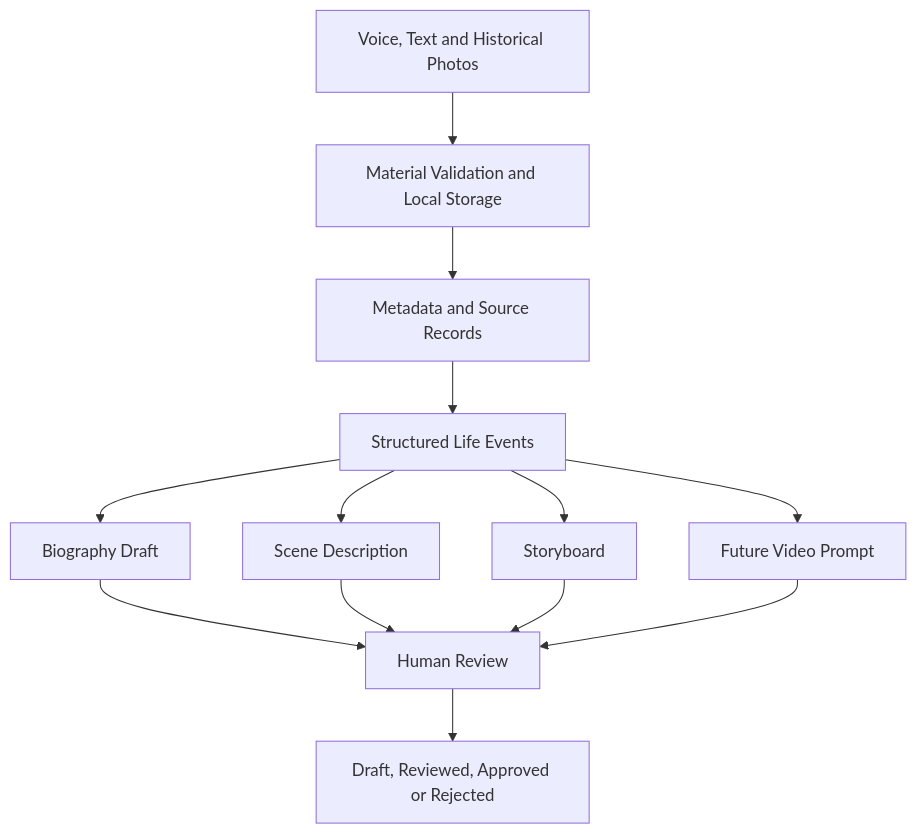
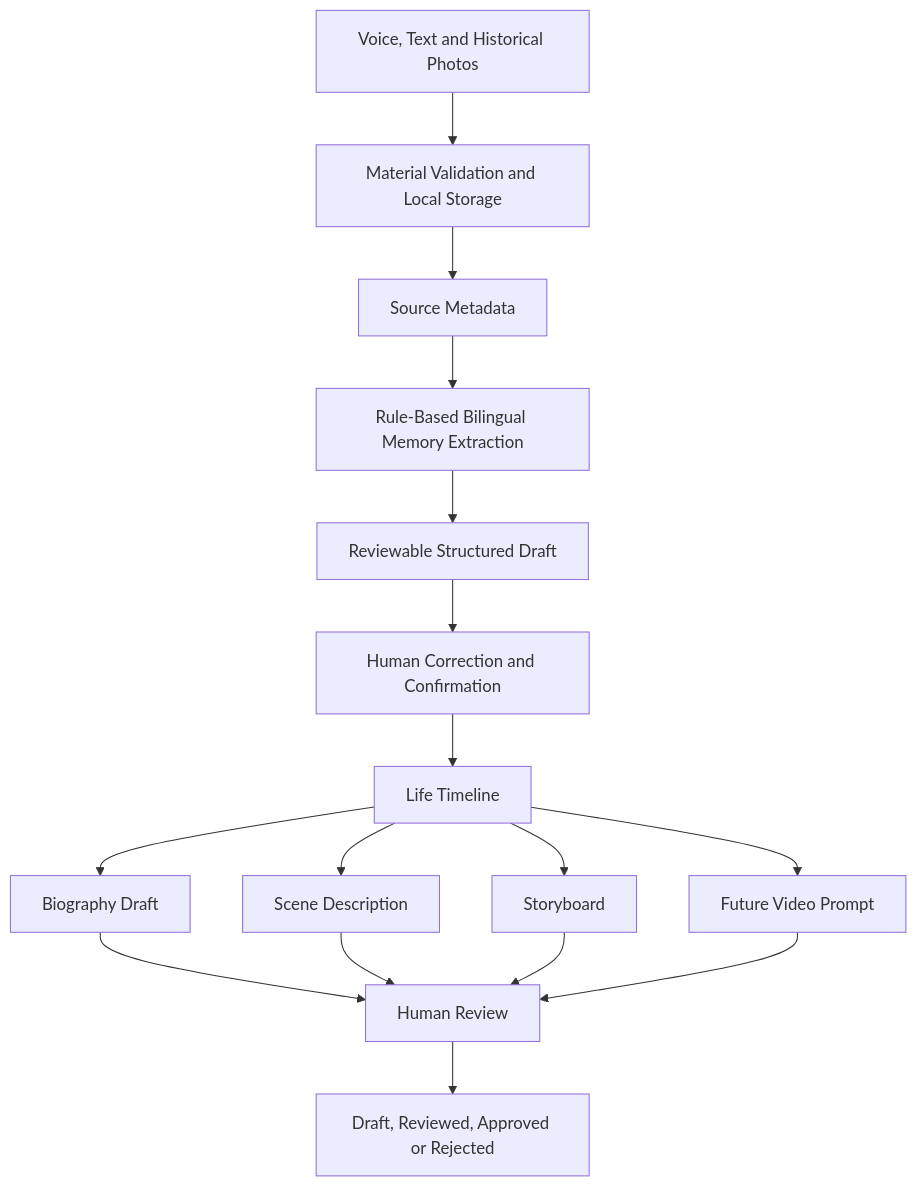
One commit to franz1022/yanxin-ai-oral-autobiography-platform changed the first of 3 diagrams in README.md. Above: the diagram before and after it, drawn with Mermaid. The commit also changed other lines of this file, not shown here.

Commit message:
docs: upgrade README for bilingual evaluation workflow

````diff
--- a/README.md
+++ b/README.md
@@ -54,15 +93,18 @@
 ```mermaid
 flowchart TD
     A[Voice, Text and Historical Photos] --> B[Material Validation and Local Storage]
-    B --> C[Metadata and Source Records]
-    C --> D[Structured Life Events]
-    D --> E[Biography Draft]
-    D --> F[Scene Description]
-    D --> G[Storyboard]
-    D --> H[Future Video Prompt]
-    E --> I[Human Review]
-    F --> I
-    G --> I
-    H --> I
-    I --> J[Draft, Reviewed, Approved or Rejected]
+    B --> C[Source Metadata]
+    C --> D[Rule-Based Bilingual Memory Extraction]
+    D --> E[Reviewable Structured Draft]
+    E --> F[Human Correction and Confirmation]
+    F --> G[Life Timeline]
+    G --> H[Biography Draft]
+    G --> I[Scene Description]
+    G --> J[Storyboard]
+    G --> K[Future Video Prompt]
+    H --> L[Human Review]
+    I --> L
+    J --> L
+    K --> L
+    L --> M[Draft, Reviewed, Approved or Rejected]
 ```
````
